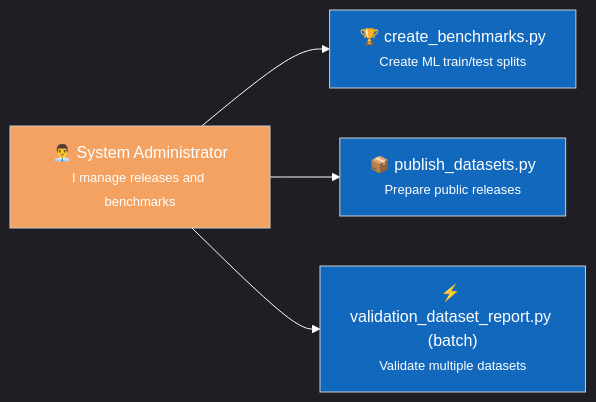
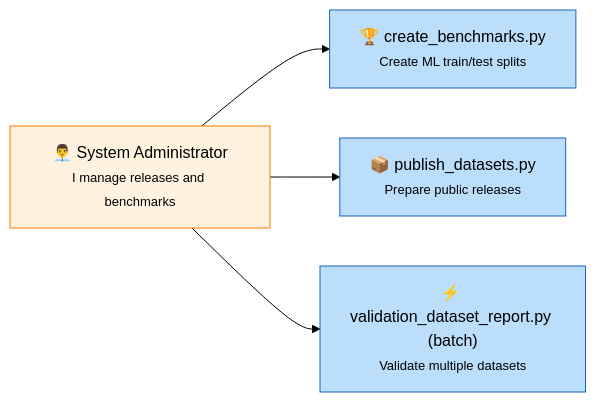
The third of 7 diagrams in docs/software_engineering/docs/01b_SYSTEM_CONTEXT.md (jmontp/LocoHub), drawn with Mermaid before and after one commit. The commit also changed other lines of this file and 14 other files, not shown here.

````diff
--- a/docs/software_engineering/docs/01b_SYSTEM_CONTEXT.md
+++ b/docs/software_engineering/docs/01b_SYSTEM_CONTEXT.md
@@ -78,16 +78,16 @@
 ```mermaid
-%%{init: {'theme': 'dark'}}%%
+%%{init: {'theme': 'default'}}%%
 graph LR
     SA["👨‍💼 System Administrator<br/><font size='-1'>I manage releases and benchmarks</font>"]
     
     SA --> BENCHMARK["🏆 create_benchmarks.py<br/><font size='-1'>Create ML train/test splits</font>"]
     SA --> PUBLISH["📦 publish_datasets.py<br/><font size='-1'>Prepare public releases</font>"]
     SA --> BATCH["⚡ validation_dataset_report.py (batch)<br/><font size='-1'>Validate multiple datasets</font>"]
     
-    style SA fill:#f4a261,color:white
-    style BENCHMARK fill:#1168bd,color:white
-    style PUBLISH fill:#1168bd,color:white
-    style BATCH fill:#1168bd,color:white
+    style SA fill:#fff3e0,color:#000000,stroke:#f57c00
+    style BENCHMARK fill:#bbdefb,color:#000000,stroke:#1565c0
+    style PUBLISH fill:#bbdefb,color:#000000,stroke:#1565c0
+    style BATCH fill:#bbdefb,color:#000000,stroke:#1565c0
     
-    linkStyle default stroke:white
+    linkStyle default stroke:black
 ```
````
